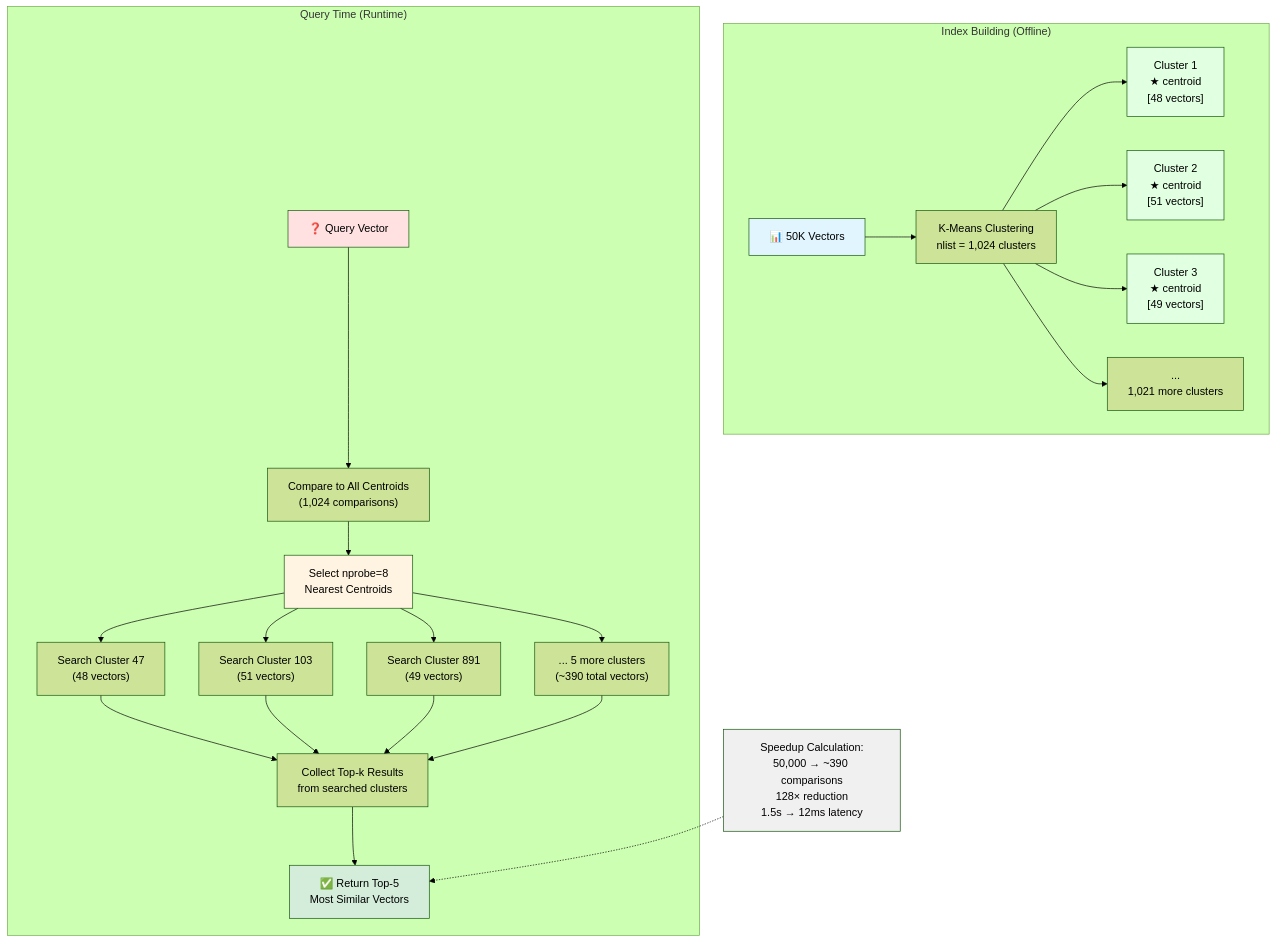
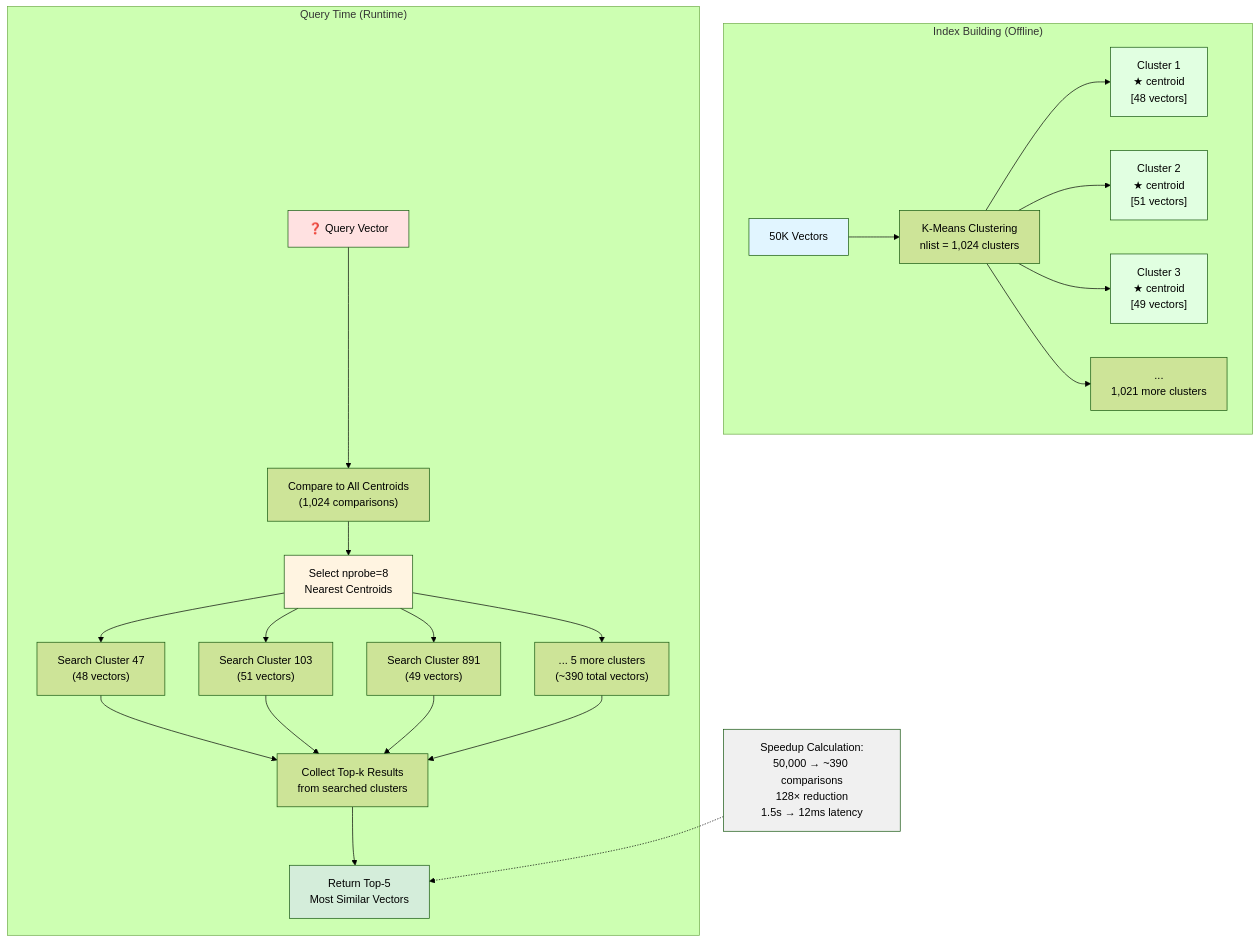
The first of 3 diagrams in notes/03a-ai/ch08-vector-dbs/vector-dbs.md (dsgouda7/ai-portfolio), drawn with Mermaid (forest theme) before and after one commit. The commit also changed other lines of this file and 17 other files, not shown here.

````diff
--- a/notes/03a-ai/ch08-vector-dbs/vector-dbs.md
+++ b/notes/03a-ai/ch08-vector-dbs/vector-dbs.md
@@ -167,38 +167,38 @@
 ```mermaid
 flowchart TD
-    subgraph "Index Building (Offline)"
-        A["📊 50K Vectors"] --> B["K-Means Clustering<br/>nlist = 1,024 clusters"]
-        B --> C1["Cluster 1<br/>★ centroid<br/>[48 vectors]"]
-        B --> C2["Cluster 2<br/>★ centroid<br/>[51 vectors]"]
-        B --> C3["Cluster 3<br/>★ centroid<br/>[49 vectors]"]
-        B --> C4["...<br/>1,021 more clusters"]
-    end
+ subgraph "Index Building (Offline)"
+ A[" 50K Vectors"] --> B["K-Means Clustering<br/>nlist = 1,024 clusters"]
+ B --> C1["Cluster 1<br/>★ centroid<br/>[48 vectors]"]
+ B --> C2["Cluster 2<br/>★ centroid<br/>[51 vectors]"]
+ B --> C3["Cluster 3<br/>★ centroid<br/>[49 vectors]"]
+ B --> C4["...<br/>1,021 more clusters"]
+ end
 
-    subgraph "Query Time (Runtime)"
-        D["❓ Query Vector"] --> E["Compare to All Centroids<br/>(1,024 comparisons)"]
-        E --> F["Select nprobe=8<br/>Nearest Centroids"]
+ subgraph "Query Time (Runtime)"
+ D["❓ Query Vector"] --> E["Compare to All Centroids<br/>(1,024 comparisons)"]
+ E --> F["Select nprobe=8<br/>Nearest Centroids"]
 
-        F --> G1["Search Cluster 47<br/>(48 vectors)"]
-        F --> G2["Search Cluster 103<br/>(51 vectors)"]
-        F --> G3["Search Cluster 891<br/>(49 vectors)"]
-        F --> G4["... 5 more clusters<br/>(~390 total vectors)"]
+ F --> G1["Search Cluster 47<br/>(48 vectors)"]
+ F --> G2["Search Cluster 103<br/>(51 vectors)"]
+ F --> G3["Search Cluster 891<br/>(49 vectors)"]
+ F --> G4["... 5 more clusters<br/>(~390 total vectors)"]
 
-        G1 --> H["Collect Top-k Results<br/>from searched clusters"]
-        G2 --> H
-        G3 --> H
-        G4 --> H
+ G1 --> H["Collect Top-k Results<br/>from searched clusters"]
+ G2 --> H
+ G3 --> H
+ G4 --> H
 
-        H --> I["✅ Return Top-5<br/>Most Similar Vectors"]
-    end
+ H --> I[" Return Top-5<br/>Most Similar Vectors"]
+ end
 
-    J["Speedup Calculation:<br/>50,000 → ~390 comparisons<br/>128× reduction<br/>1.5s → 12ms latency"] -.-> I
+ J["Speedup Calculation:<br/>50,000 → ~390 comparisons<br/>128× reduction<br/>1.5s → 12ms latency"] -.-> I
 
-    style A fill:#e1f5ff
-    style C1 fill:#e1ffe1
-    style C2 fill:#e1ffe1
-    style C3 fill:#e1ffe1
-    style D fill:#ffe1e1
-    style F fill:#fff4e1
-    style I fill:#d4edda
-    style J fill:#f0f0f0
+ style A fill:#e1f5ff
+ style C1 fill:#e1ffe1
+ style C2 fill:#e1ffe1
+ style C3 fill:#e1ffe1
+ style D fill:#ffe1e1
+ style F fill:#fff4e1
+ style I fill:#d4edda
+ style J fill:#f0f0f0
 ```
````
